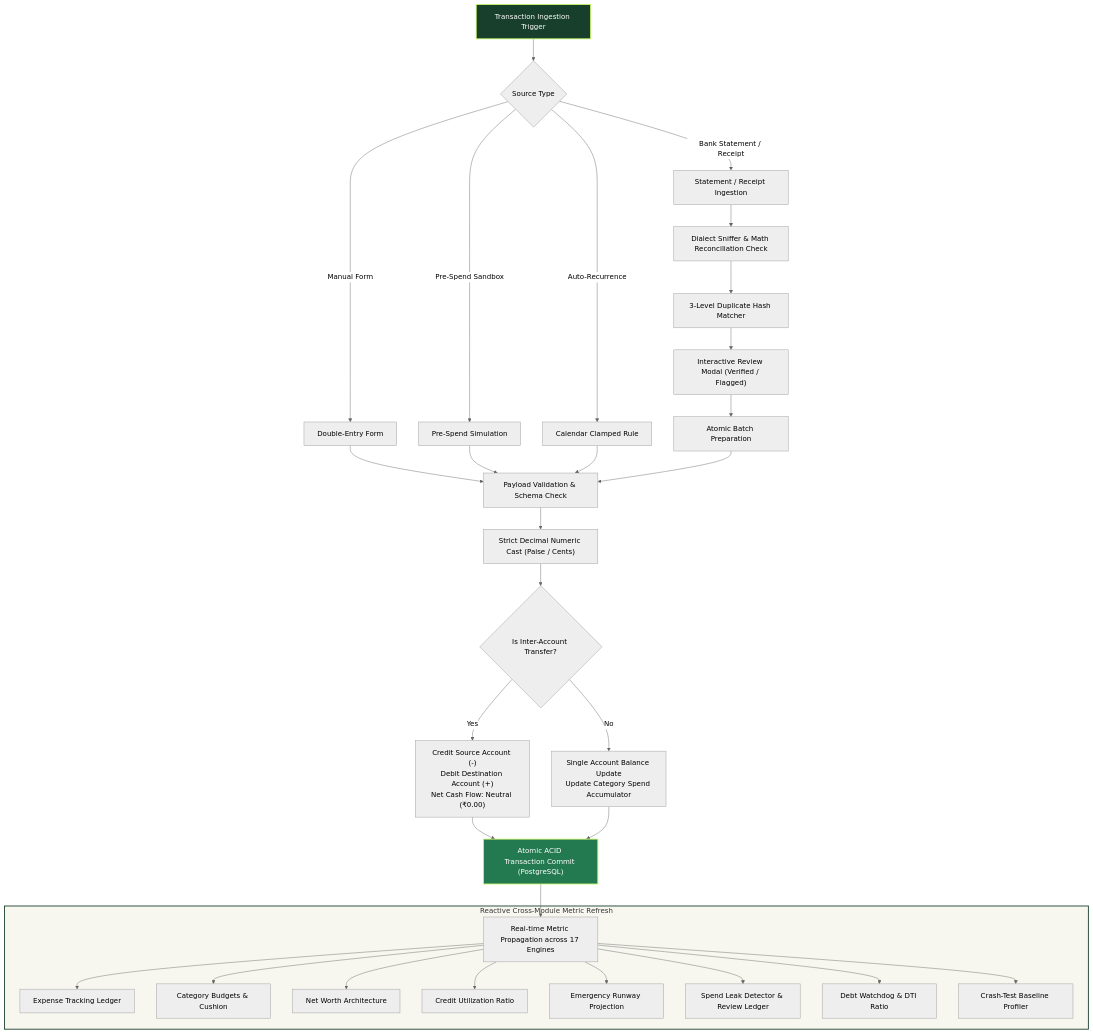
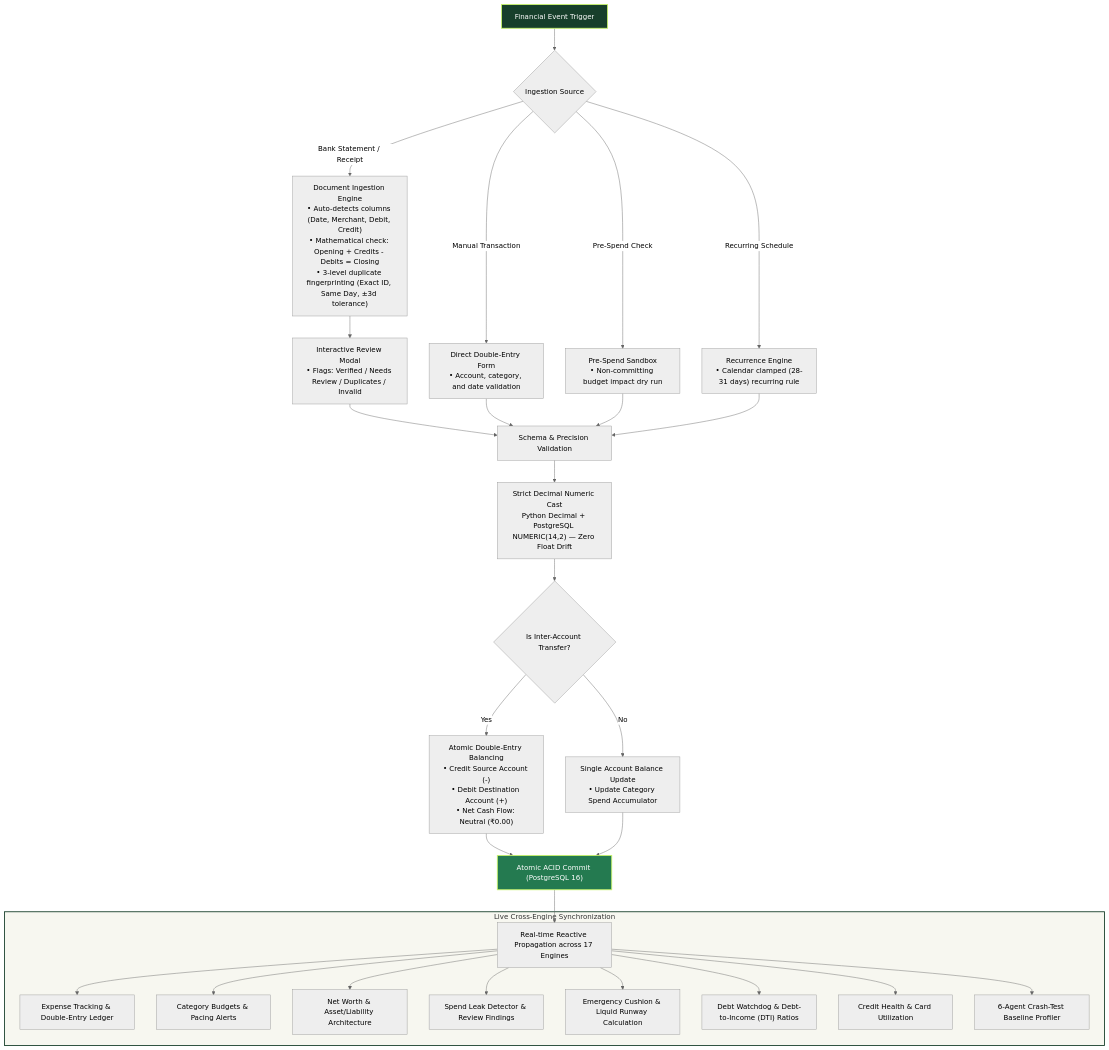
The second of 2 diagrams in README.md (nikhillakra2007-tech/finroq), drawn with Mermaid (neutral theme) before and after one commit. The commit also changed other lines of this file, not shown here.

Commit message:
DOCS(README): STREAMLINE TO CORE ARCHITECTURE AND WORKING LIFECYCLE FLOWCHARTS

````diff
--- a/README.md
+++ b/README.md
@@ -292,45 +148,41 @@
 ```mermaid
 flowchart TD
-    START["Transaction Ingestion Trigger"] --> SRC{"Source Type"}
+    START["Financial Event Trigger"] --> SRC{"Ingestion Source"}
     
-    SRC -- "Bank Statement / Receipt" --> CSV["Statement / Receipt Ingestion"]
-    SRC -- "Manual Form" --> MANUAL["Double-Entry Form"]
-    SRC -- "Pre-Spend Sandbox" --> SIM["Pre-Spend Simulation"]
-    SRC -- "Auto-Recurrence" --> REC["Calendar Clamped Rule"]
+    SRC -- "Bank Statement / Receipt" --> INGEST_FLOW["Document Ingestion Engine<br/>• Auto-detects columns (Date, Merchant, Debit, Credit)<br/>• Mathematical check: Opening + Credits - Debits = Closing<br/>• 3-level duplicate fingerprinting (Exact ID, Same Day, ±3d tolerance)"]
+    SRC -- "Manual Transaction" --> MANUAL_FLOW["Direct Double-Entry Form<br/>• Account, category, and date validation"]
+    SRC -- "Pre-Spend Check" --> SIM_FLOW["Pre-Spend Sandbox<br/>• Non-committing budget impact dry run"]
+    SRC -- "Recurring Schedule" --> REC_FLOW["Recurrence Engine<br/>• Calendar clamped (28-31 days) recurring rule"]
     
-    CSV --> SNIFF["Dialect Sniffer & Math Reconciliation Check"]
-    SNIFF --> DEDUP["3-Level Duplicate Hash Matcher"]
-    DEDUP --> PREVIEW["Interactive Review Modal (Verified / Flagged)"]
-    PREVIEW --> BATCH["Atomic Batch Preparation"]
+    INGEST_FLOW --> PREVIEW["Interactive Review Modal<br/>• Flags: Verified / Needs Review / Duplicates / Invalid"]
+    PREVIEW --> VALID["Schema & Precision Validation"]
+    MANUAL_FLOW --> VALID
+    SIM_FLOW --> VALID
+    REC_FLOW --> VALID
     
-    MANUAL --> VALID["Payload Validation & Schema Check"]
-    SIM --> VALID
-    REC --> VALID
-    BATCH --> VALID
-    
-    VALID --> CAST["Strict Decimal Numeric Cast (Paise / Cents)"]
+    VALID --> CAST["Strict Decimal Numeric Cast<br/>Python Decimal + PostgreSQL NUMERIC(14,2) — Zero Float Drift"]
     CAST --> IS_TFR{"Is Inter-Account Transfer?"}
     
-    IS_TFR -- "Yes" --> TFR_LOGIC["Credit Source Account (-)<br/>Debit Destination Account (+)<br/>Net Cash Flow: Neutral (₹0.00)"]
-    IS_TFR -- "No" --> DIR_LOGIC["Single Account Balance Update<br/>Update Category Spend Accumulator"]
+    IS_TFR -- "Yes" --> TFR_LOGIC["Atomic Double-Entry Balancing<br/>• Credit Source Account (-)<br/>• Debit Destination Account (+)<br/>• Net Cash Flow: Neutral (₹0.00)"]
+    IS_TFR -- "No" --> DIR_LOGIC["Single Account Balance Update<br/>• Update Category Spend Accumulator"]
     
-    TFR_LOGIC --> COMMIT["Atomic ACID Transaction Commit (PostgreSQL)"]
+    TFR_LOGIC --> COMMIT["Atomic ACID Commit (PostgreSQL 16)"]
     DIR_LOGIC --> COMMIT
     
-    COMMIT --> RECALC["Real-time Metric Propagation across 17 Engines"]
+    COMMIT --> RECALC["Real-time Reactive Propagation across 17 Engines"]
     
-    subgraph MODULES["Reactive Cross-Module Metric Refresh"]
-        RECALC --> M1["Expense Tracking Ledger"]
-        RECALC --> M2["Category Budgets & Cushion"]
-        RECALC --> M3["Net Worth Architecture"]
-        RECALC --> M4["Credit Utilization Ratio"]
-        RECALC --> M5["Emergency Runway Projection"]
-        RECALC --> M6["Spend Leak Detector & Review Ledger"]
-        RECALC --> M7["Debt Watchdog & DTI Ratio"]
-        RECALC --> M8["Crash-Test Baseline Profiler"]
+    subgraph MODULES["Live Cross-Engine Synchronization"]
+        RECALC --> M1["Expense Tracking & Double-Entry Ledger"]
+        RECALC --> M2["Category Budgets & Pacing Alerts"]
+        RECALC --> M3["Net Worth & Asset/Liability Architecture"]
+        RECALC --> M4["Spend Leak Detector & Review Findings"]
+        RECALC --> M5["Emergency Cushion & Liquid Runway Calculation"]
+        RECALC --> M6["Debt Watchdog & Debt-to-Income (DTI) Ratios"]
+        RECALC --> M7["Credit Health & Card Utilization"]
+        RECALC --> M8["6-Agent Crash-Test Baseline Profiler"]
     end
 
     style START fill:#173F2B,stroke:#C7F36B,color:#FFFFFF,stroke-width:2px;
     style COMMIT fill:#247A50,stroke:#C7F36B,color:#FFFFFF,stroke-width:2px;
     style MODULES fill:#F7F7F0,stroke:#173F2B,stroke-width:2px;
 ```
````
